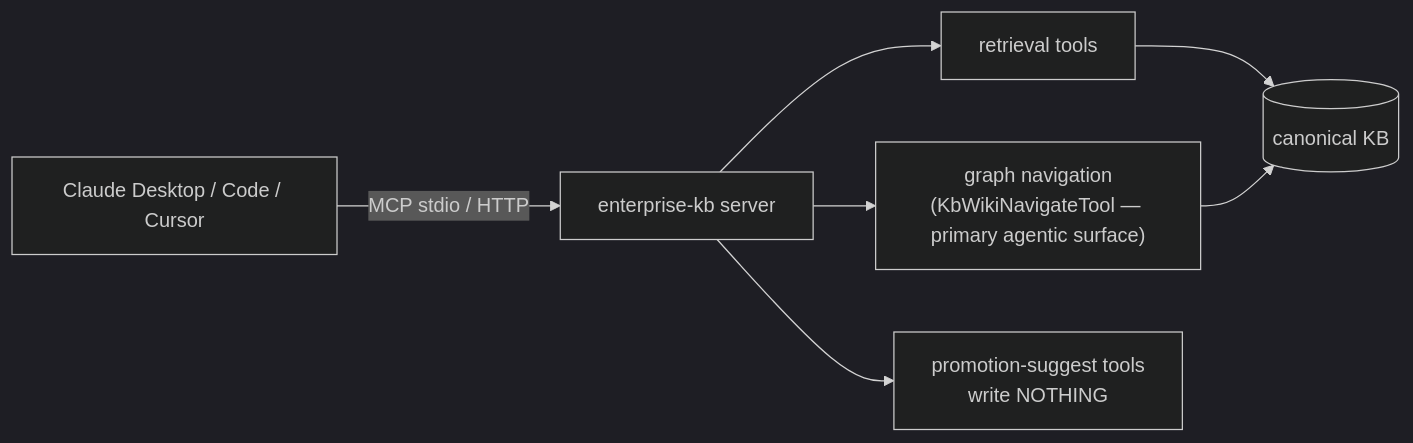
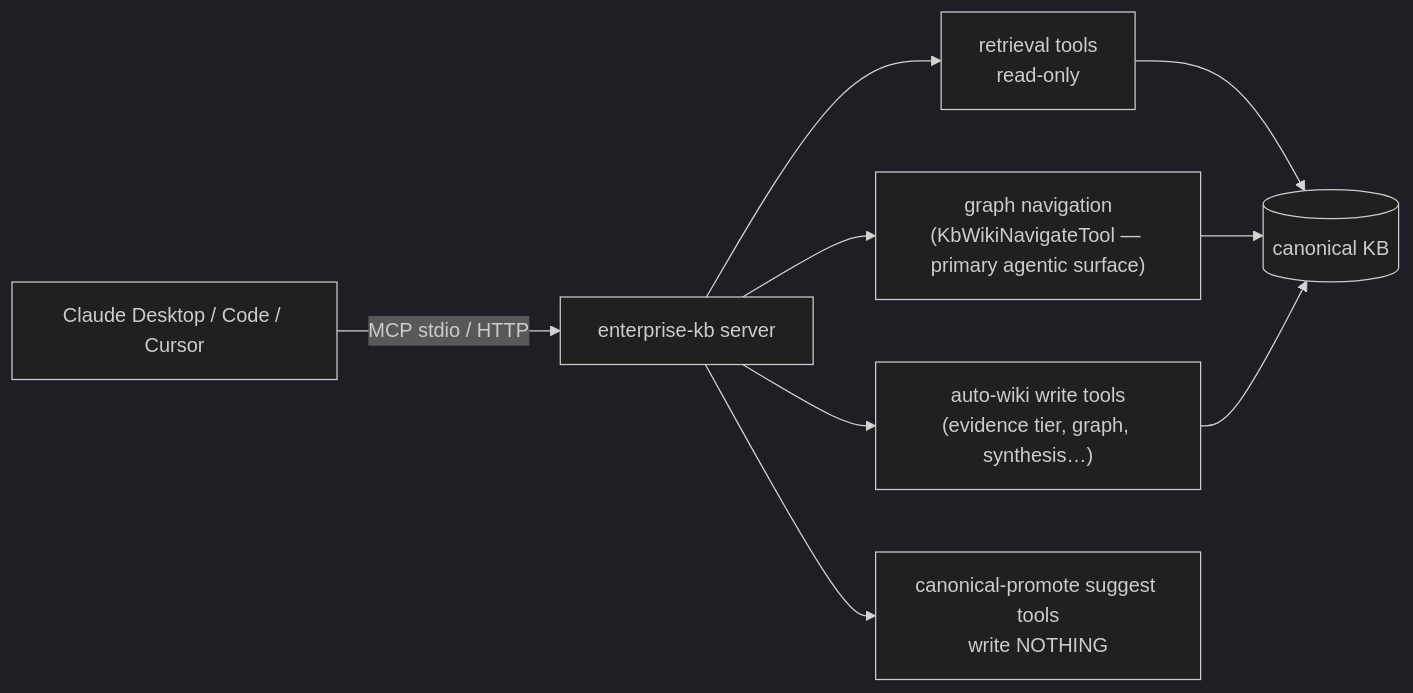
The diagram in docs-site/mcp-server.mdx (lopadova/AskMyDocs), drawn with Mermaid (dark theme) before and after one commit. The commit also changed other lines of this file, not shown here.

Commit message:
docs(docs-site): fix mcp-server.mdx — correct write-tool classification (R9)

````diff
--- a/docs-site/mcp-server.mdx
+++ b/docs-site/mcp-server.mdx
@@ -22,8 +34,9 @@
 ```mermaid
 flowchart LR
     CLIENT[Claude Desktop / Code / Cursor] -->|MCP stdio / HTTP| SRV[enterprise-kb server]
-    SRV --> RET[retrieval tools]
+    SRV --> RET[retrieval tools<br/>read-only]
     SRV --> NAV["graph navigation<br/>(KbWikiNavigateTool — primary agentic surface)"]
-    SRV --> SUG[promotion-suggest tools<br/>write NOTHING]
-    RET & NAV --> KB[(canonical KB)]
+    SRV --> WRITE["auto-wiki write tools<br/>(evidence tier, graph, synthesis…)"]
+    SRV --> SUG["canonical-promote suggest tools<br/>write NOTHING"]
+    RET & NAV & WRITE --> KB[(canonical KB)]
 ```
````
